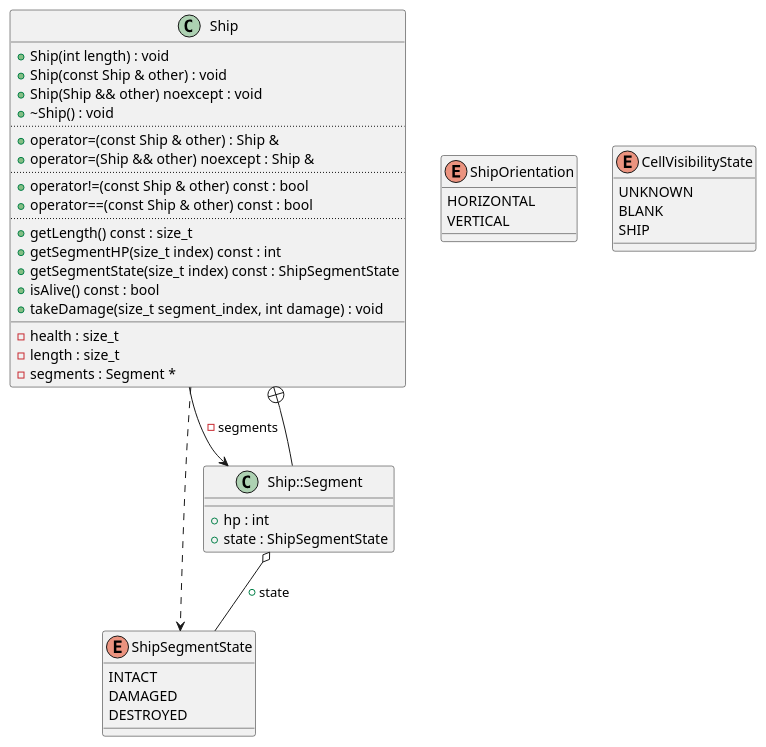
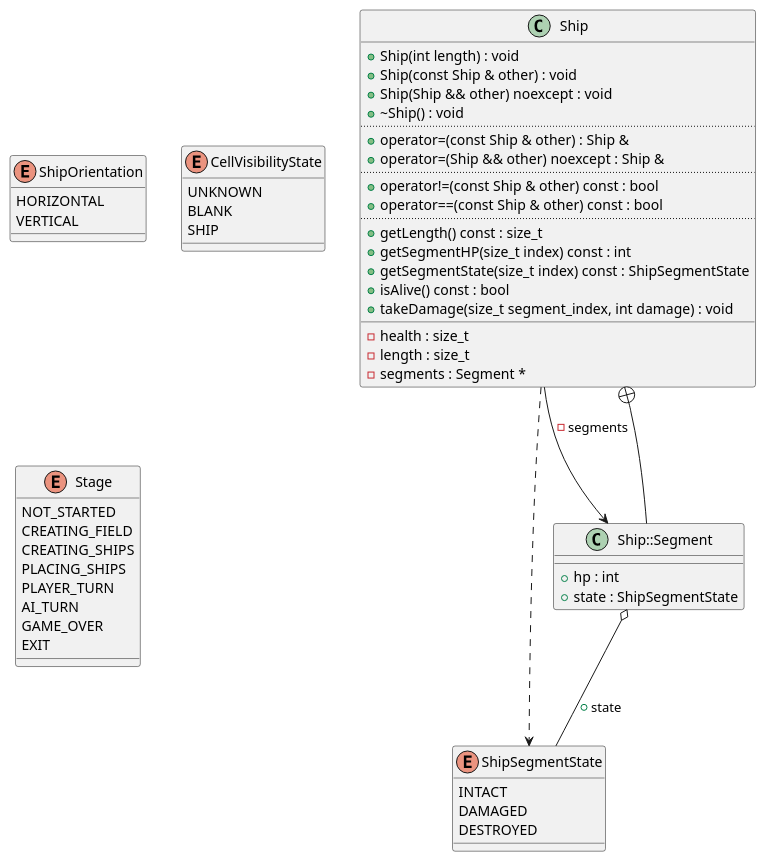
One commit to Rennelv/ships changed the diagram in diagrams/Ship.puml. Above: the diagram before and after it, drawn with PlantUML. The commit also changed 51 other files, not shown here.

```diff
--- a/diagrams/Ship.puml
+++ b/diagrams/Ship.puml
@@ -1,55 +1,66 @@
 @startuml
 enum "ShipSegmentState" as C_0014256742677139282670
 enum C_0014256742677139282670 {
 INTACT
 DAMAGED
 DESTROYED
 }
 enum "ShipOrientation" as C_0002579181642537833876
 enum C_0002579181642537833876 {
 HORIZONTAL
 VERTICAL
 }
 enum "CellVisibilityState" as C_0003333043679234439357
 enum C_0003333043679234439357 {
 UNKNOWN
 BLANK
 SHIP
+}
+enum "Stage" as C_0001935036015363084261
+enum C_0001935036015363084261 {
+NOT_STARTED
+CREATING_FIELD
+CREATING_SHIPS
+PLACING_SHIPS
+PLAYER_TURN
+AI_TURN
+GAME_OVER
+EXIT
 }
 class "Ship" as C_0014529657433315016423
 class C_0014529657433315016423 {
 +Ship(int length) : void
 +Ship(const Ship & other) : void
 +Ship(Ship && other) noexcept : void
 +~Ship() : void
 ..
 +operator=(const Ship & other) : Ship &
 +operator=(Ship && other) noexcept : Ship &
 ..
 +operator!=(const Ship & other) const : bool
 +operator==(const Ship & other) const : bool
 ..
 +getLength() const : size_t
 +getSegmentHP(size_t index) const : int
 +getSegmentState(size_t index) const : ShipSegmentState
 +isAlive() const : bool
 +takeDamage(size_t segment_index, int damage) : void
 __
 -health : size_t
 -length : size_t
 -segments : Segment *
 }
 class "Ship::Segment" as C_0000674658759292391449
 class C_0000674658759292391449 {
 __
 +hp : int
 +state : ShipSegmentState
 }
 C_0014529657433315016423 ..> C_0014256742677139282670
 C_0014529657433315016423 --> C_0000674658759292391449 : -segments
 C_0000674658759292391449 --+ C_0014529657433315016423
 C_0000674658759292391449 o-- C_0014256742677139282670 : +state
 
 'Generated with clang-uml, version 0.5.5
 'LLVM version clang version 18.1.8
 @enduml
```
